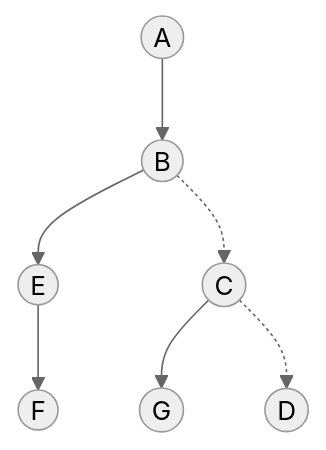
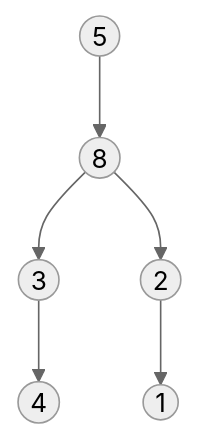
The third of 3 diagrams in 1 - Data Structures and Algorithms/20 - Trees and graphs.md (Cyberistic/Kuwait-University-Computer-Engineering-Masters-Prep-2025), drawn with Mermaid (neutral theme) before and after one commit. The commit also changed other lines of this file and 1 other file, not shown here.

````diff
--- a/1 - Data Structures and Algorithms/20 - Trees and graphs.md
+++ b/1 - Data Structures and Algorithms/20 - Trees and graphs.md
@@ -131,11 +131,10 @@
 ```mermaid
 graph TD
-    A((A)) --> B((B))
-    B --> E((E))
-    E --> F((F))
-    B -.-> C((C))
-    C --> G((G))
-    C -.-> D((D))
+    A((5)) --> B((8))
+    B --> E((3))
+    B --> C((2))
+    C --> D((1))
+    E --> F((4))
 
 
 ```
````
